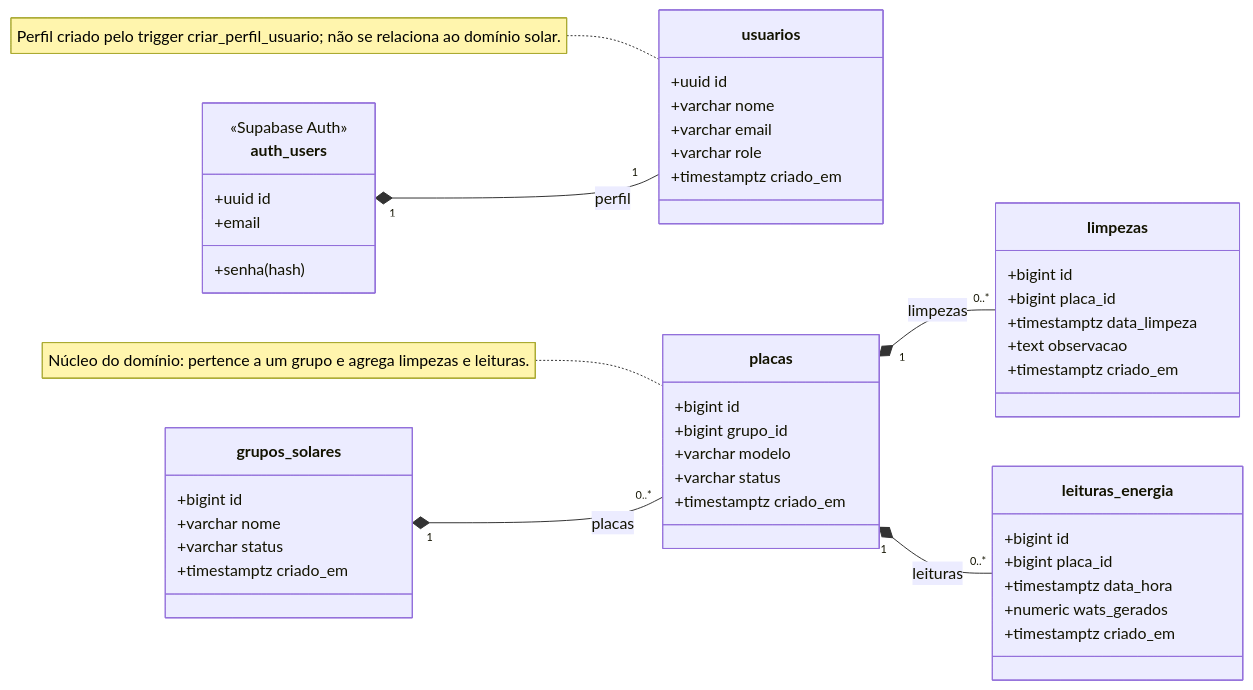
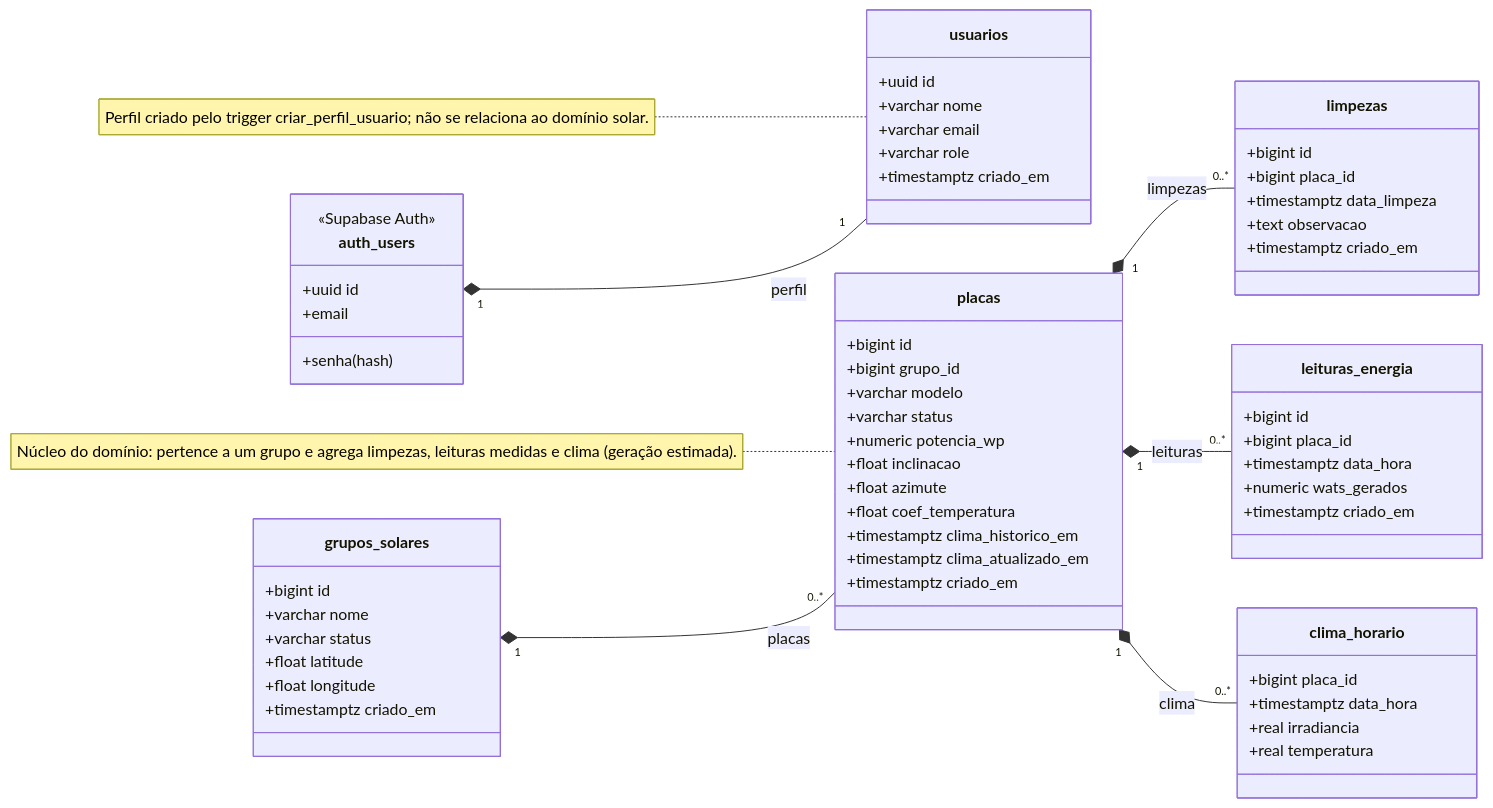
The diagram in docs/MODELO-DE-CLASSES.md (danieltanjos/SolarVision), drawn with Mermaid before and after one commit. The commit also changed other lines of this file and 6 other files, not shown here.

Commit message:
docs: geração estimada pelo clima (Open-Meteo) e remoção dos dados mocados

````diff
--- a/docs/MODELO-DE-CLASSES.md
+++ b/docs/MODELO-DE-CLASSES.md
@@ -11,55 +11,70 @@
 ```mermaid
 classDiagram
     direction LR
 
     class usuarios {
         +uuid id
         +varchar nome
         +varchar email
         +varchar role
         +timestamptz criado_em
     }
     class grupos_solares {
         +bigint id
         +varchar nome
         +varchar status
+        +float latitude
+        +float longitude
         +timestamptz criado_em
     }
     class placas {
         +bigint id
         +bigint grupo_id
         +varchar modelo
         +varchar status
+        +numeric potencia_wp
+        +float inclinacao
+        +float azimute
+        +float coef_temperatura
+        +timestamptz clima_historico_em
+        +timestamptz clima_atualizado_em
         +timestamptz criado_em
+    }
+    class clima_horario {
+        +bigint placa_id
+        +timestamptz data_hora
+        +real irradiancia
+        +real temperatura
     }
     class limpezas {
         +bigint id
         +bigint placa_id
         +timestamptz data_limpeza
         +text observacao
         +timestamptz criado_em
     }
     class leituras_energia {
         +bigint id
         +bigint placa_id
         +timestamptz data_hora
         +numeric wats_gerados
         +timestamptz criado_em
     }
     class auth_users {
         <<Supabase Auth>>
         +uuid id
         +email
         +senha (hash)
     }
 
     %% Composições (losango cheio) refletem ON DELETE CASCADE:
     %% remover o pai remove os filhos.
     auth_users "1" *-- "1" usuarios : perfil
     grupos_solares "1" *-- "0..*" placas : placas
     placas "1" *-- "0..*" limpezas : limpezas
     placas "1" *-- "0..*" leituras_energia : leituras
+    placas "1" *-- "0..*" clima_horario : clima
 
     note for usuarios "Perfil criado pelo trigger criar_perfil_usuario; não se relaciona ao domínio solar."
-    note for placas "Núcleo do domínio: pertence a um grupo e agrega limpezas e leituras."
+    note for placas "Núcleo do domínio: pertence a um grupo e agrega limpezas, leituras medidas e clima (geração estimada)."
 ```
````
